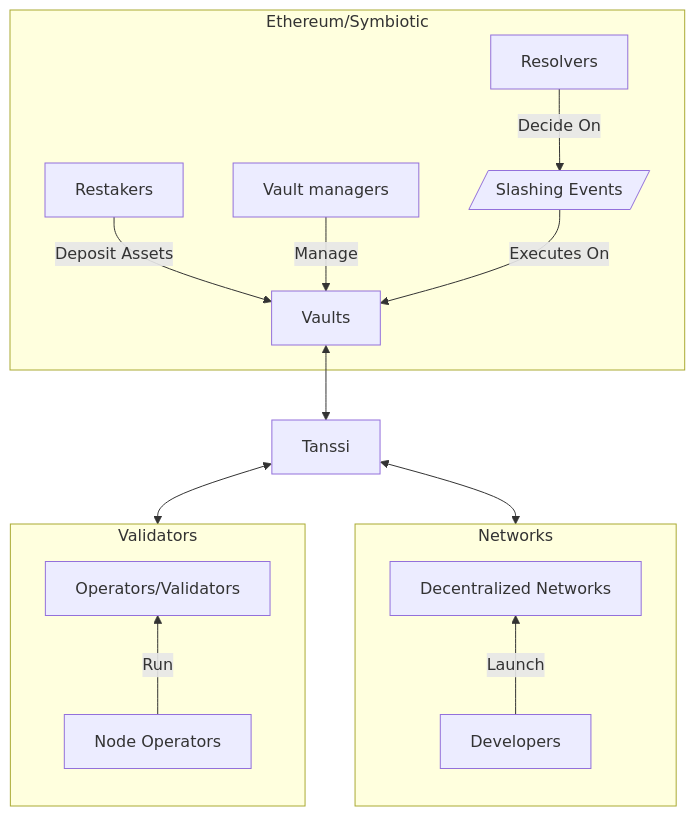
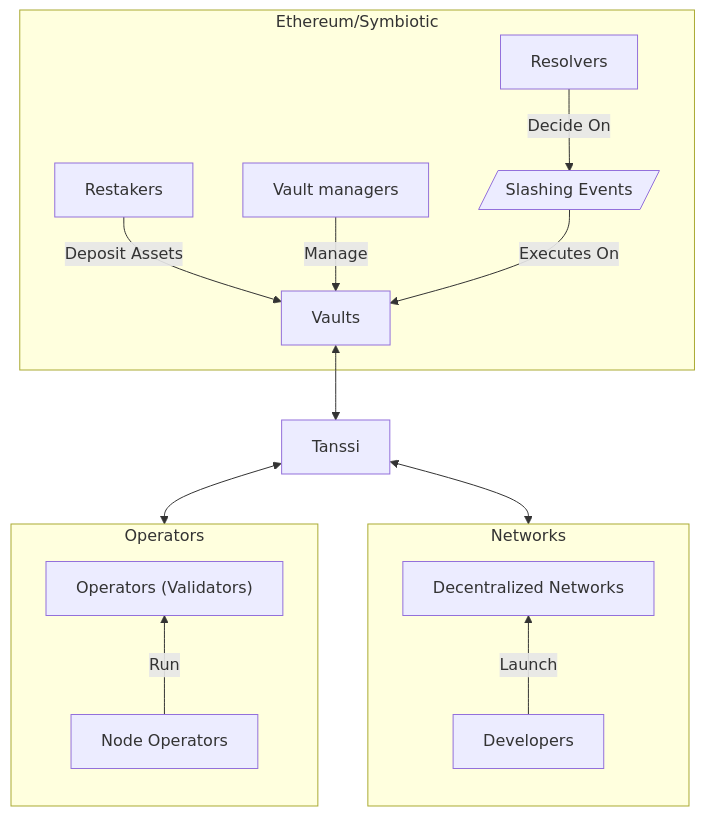
The first of 6 diagrams in learn/tanssi/external-security-providers/symbiotic.md (moondance-labs/tanssi-docs), drawn with Mermaid before and after one commit. The commit also changed other lines of this file and 52 other files, not shown here.

````diff
--- a/learn/tanssi/external-security-providers/symbiotic.md
+++ b/learn/tanssi/external-security-providers/symbiotic.md
@@ -23,32 +23,31 @@
 ```mermaid
 flowchart TD
     %% Vaults subgraph
     subgraph Ethereum["Ethereum/Symbiotic"]
         slash[/Slashing Events/]
         Restakers -- Deposit Assets --> Vaults
         manager["Vault managers"] -- Manage --> Vaults
         Resolvers -- Decide On --> slash
         slash -- Executes On --> Vaults
     end
 
-    %% Validators subgraph
-    subgraph Validators
+    %% Operators subgraph
+    subgraph Operators
         direction BT
-        validators["Operators/Validators"]
-        operators["Node Operators"]
-        operators -- Run --> validators
-
+        operators["Operators (Validators)"]
+        node_operators["Node Operators"]
+        node_operators -- Run --> operators
     end
 
     %% Networks subgraph
     subgraph Networks
         direction BT
         developers["Developers"]
         networks["Decentralized Networks"]
         developers -- Launch --> networks
     end
 
     Vaults <--> Tanssi
-    Tanssi <--> Validators
+    Tanssi <--> Operators
     Tanssi <--> Networks
 ```
````
